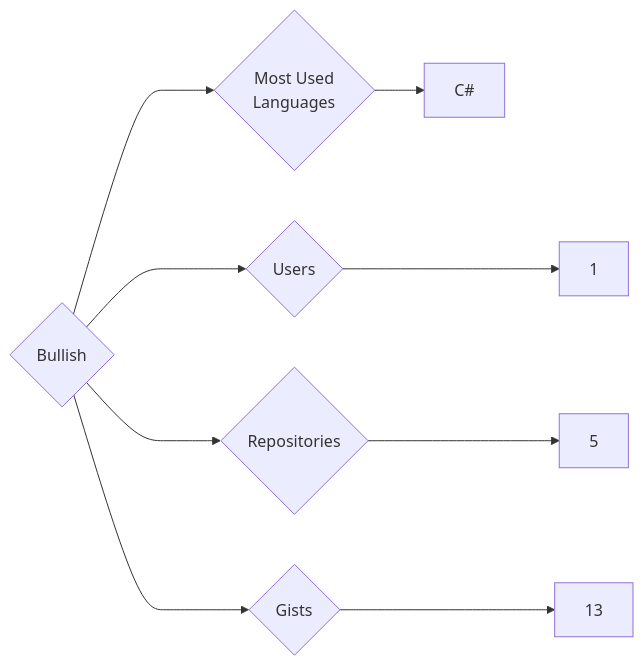
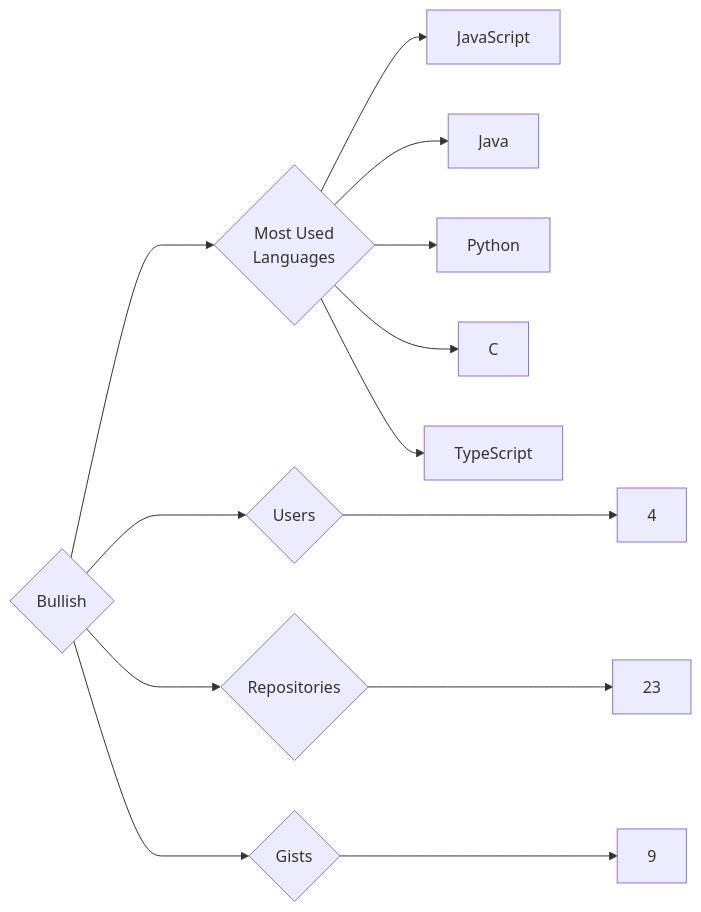
The diagram in targets/Bullish/README.md (trickest/insiders), drawn with Mermaid before and after one commit. The commit also changed 1003 other files, not shown here.

````diff
--- a/targets/Bullish/README.md
+++ b/targets/Bullish/README.md
@@ -3,9 +3,13 @@
 ```mermaid
 graph LR
 COMPANY_NAME{Bullish}
-COMPANY_NAME ---> U{Users} ---> UN[1]
-COMPANY_NAME ---> R{Repositories} ---> RN[5]
-COMPANY_NAME ---> G{Gists} ---> GN[13]
+COMPANY_NAME ---> U{Users} ---> UN[4]
+COMPANY_NAME ---> R{Repositories} ---> RN[23]
+COMPANY_NAME ---> G{Gists} ---> GN[9]
 COMPANY_NAME ---> ML{Most Used<br>Languages}
-ML --> C#[C#]
+ML --> JavaScript[JavaScript]
+ML --> Java[Java]
+ML --> Python[Python]
+ML --> C[C]
+ML --> TypeScript[TypeScript]
 ```
````
